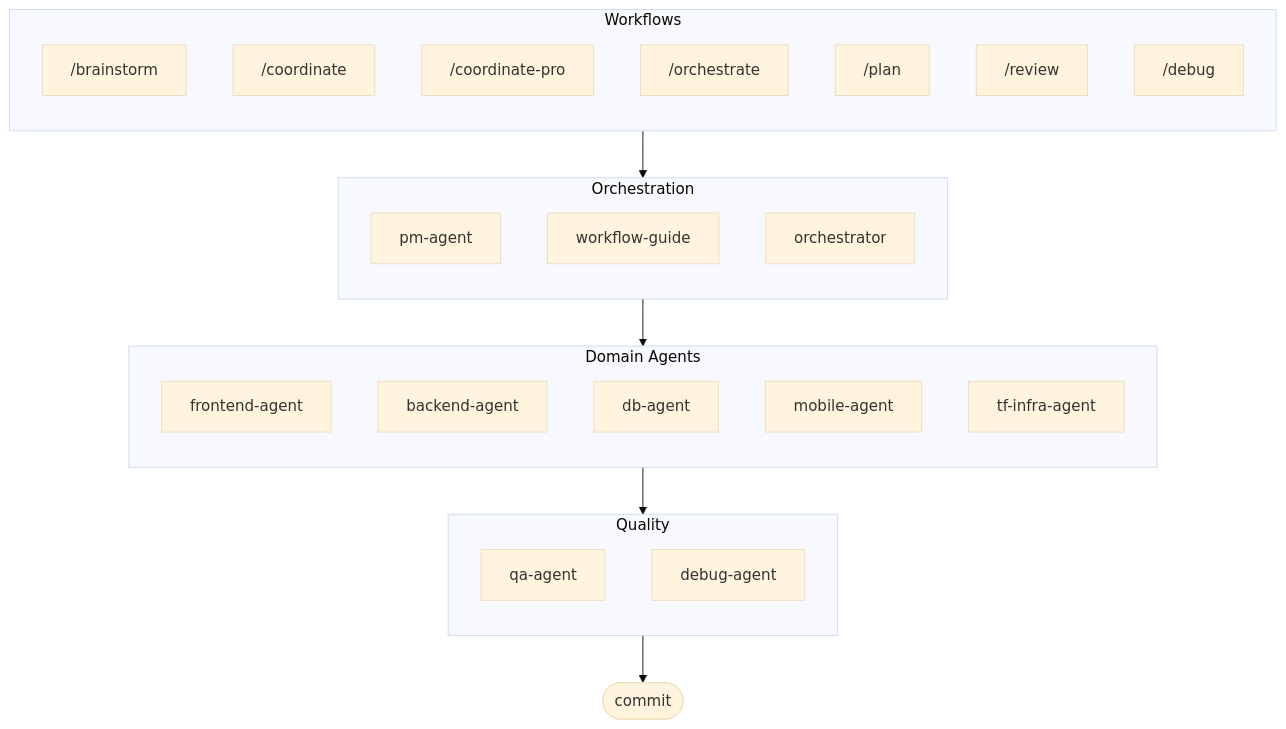
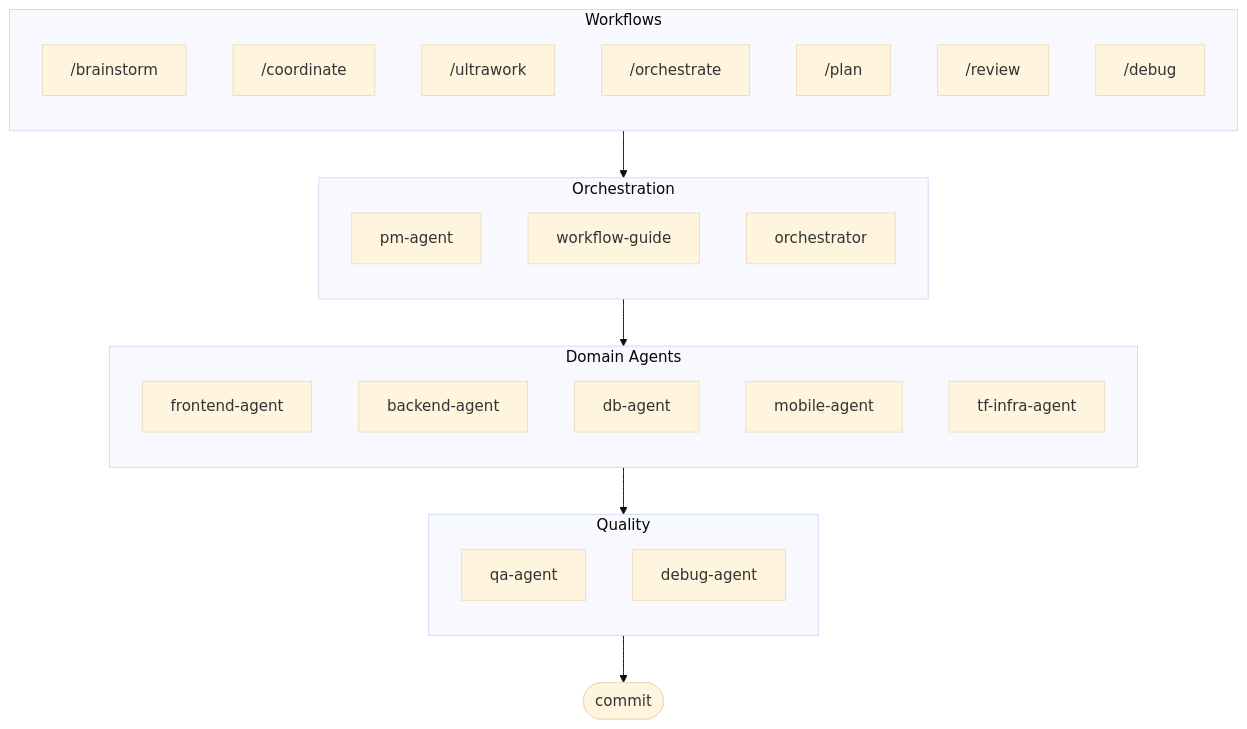
Before and after one commit to first-fluke/oh-my-ag: the diagram in cli/README.md, drawn with Mermaid (base theme). The commit also changed other lines of this file and 20 other files, not shown here.

````diff
--- a/cli/README.md
+++ b/cli/README.md
@@ -24,40 +24,40 @@
 ```mermaid
 flowchart TD
     subgraph Workflows["Workflows"]
         direction TB
         W0["/brainstorm"]
         W1["/coordinate"]
-        W1b["/coordinate-pro"]
+        W1b["/ultrawork"]
         W2["/orchestrate"]
         W3["/plan"]
         W4["/review"]
         W5["/debug"]
     end
 
     subgraph Orchestration["Orchestration"]
         direction TB
         PM[pm-agent]
         WF[workflow-guide]
         ORC[orchestrator]
     end
 
     subgraph Domain["Domain Agents"]
         direction TB
         FE[frontend-agent]
         BE[backend-agent]
         DB[db-agent]
         MB[mobile-agent]
         TF[tf-infra-agent]
     end
 
     subgraph Quality["Quality"]
         direction TB
         QA[qa-agent]
         DBG[debug-agent]
     end
 
     Workflows --> Orchestration
     Orchestration --> Domain
     Domain --> Quality
     Quality --> CMT([commit])
 ```
````
